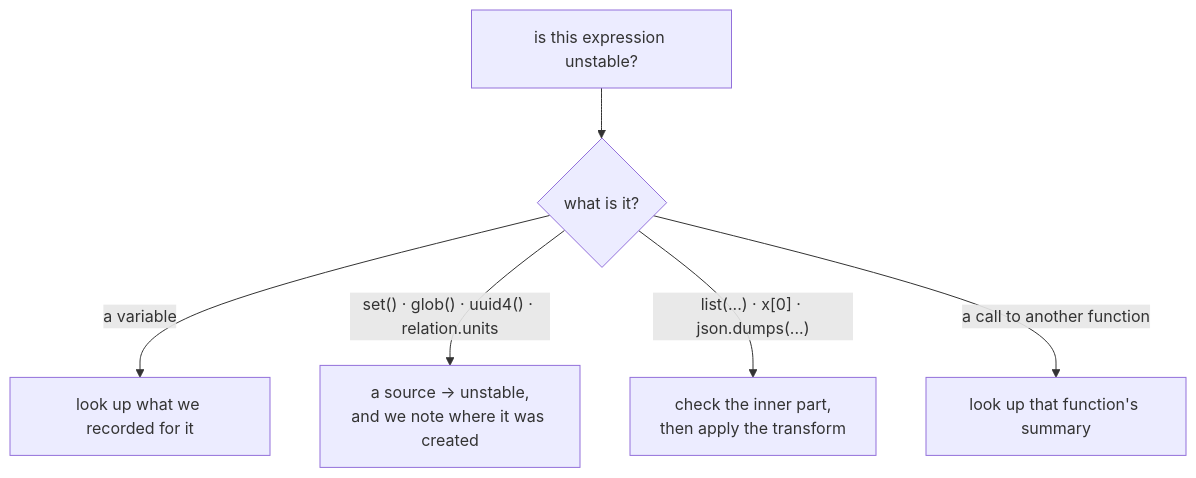
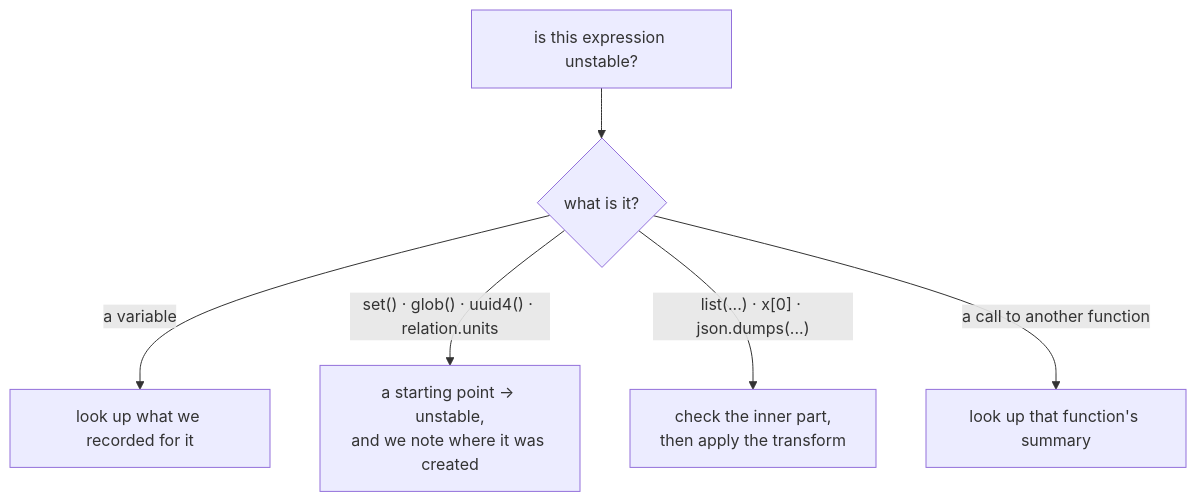
Before and after one commit to michaeldmitry/flaplint: the fifth of 5 diagrams in docs/architecture.md, drawn with Mermaid. The commit also changed other lines of this file and 12 other files, not shown here.

````diff
--- a/docs/architecture.md
+++ b/docs/architecture.md
@@ -177,8 +177,8 @@
 ```mermaid
 flowchart TD
     E["is this expression unstable?"] --> T{what is it?}
     T -- "a variable" --> L["look up what we recorded for it"]
-    T -- "set() · glob() · uuid4() · relation.units" --> S["a source → unstable,<br/>and we note where it was created"]
+    T -- "set() · glob() · uuid4() · relation.units" --> S["a starting point → unstable,<br/>and we note where it was created"]
     T -- "list(...) · x[0] · json.dumps(...)" --> R["check the inner part,<br/>then apply the transform"]
     T -- "a call to another function" --> H["look up that function's summary"]
 ```
````
